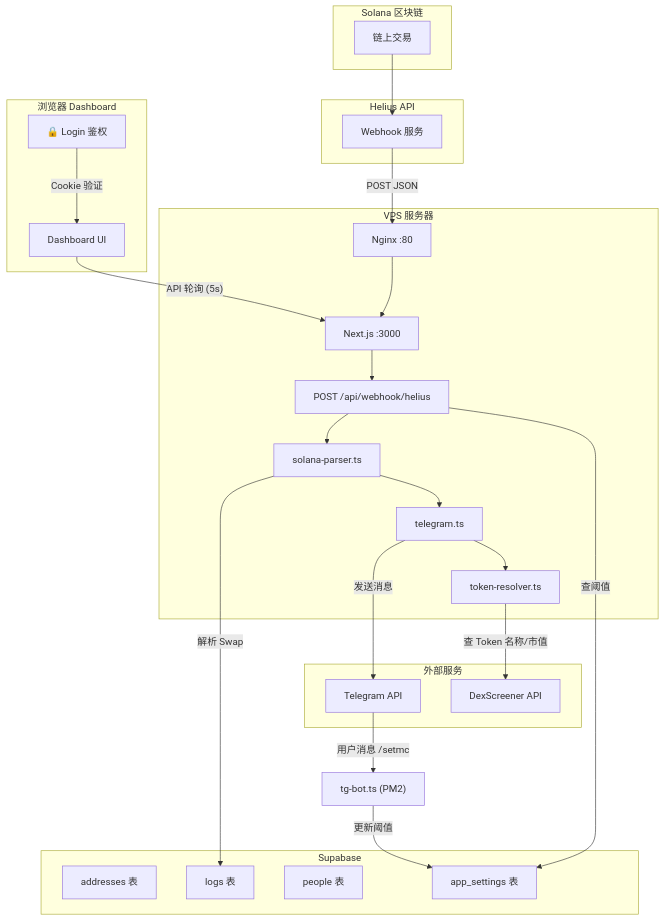
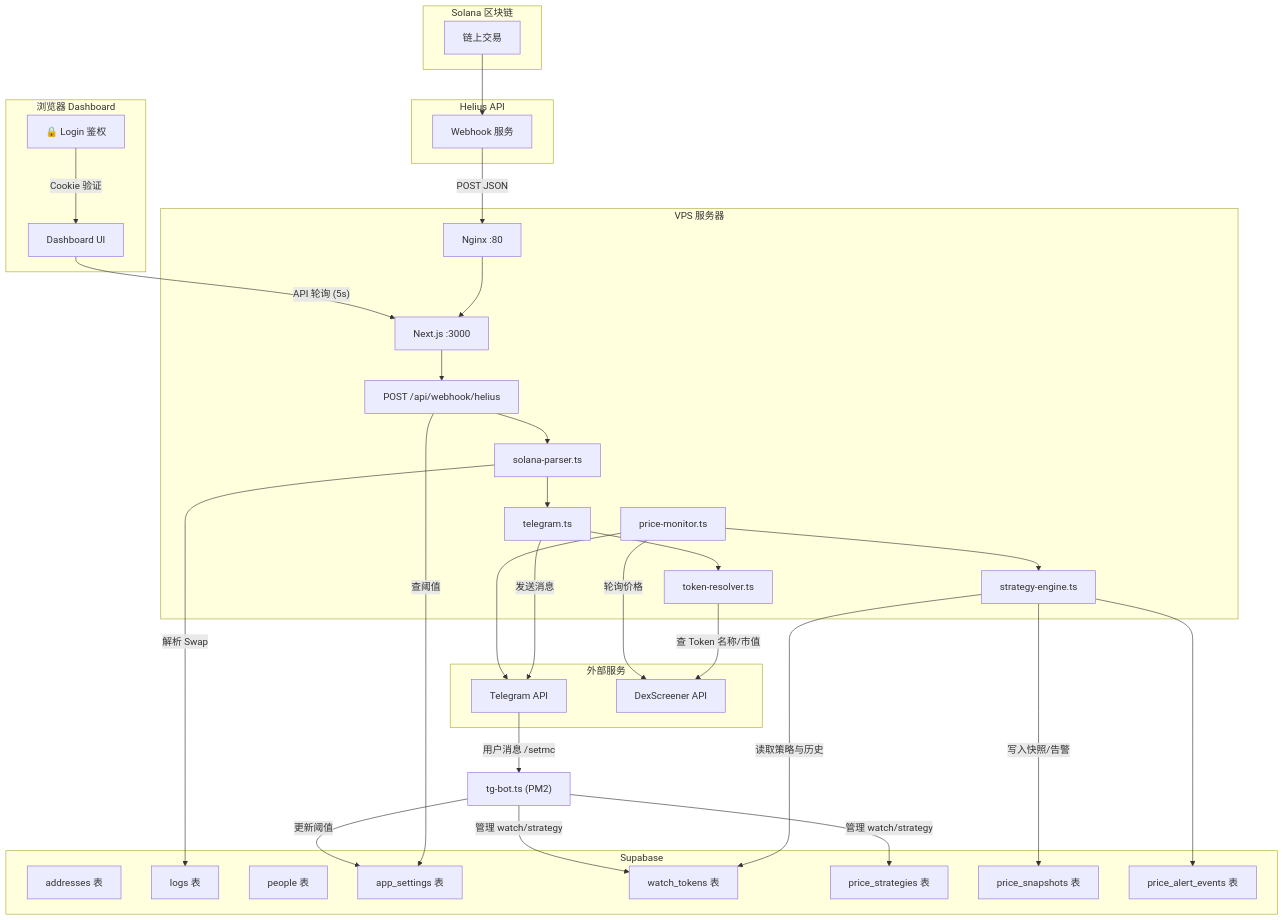
Before and after one commit to quant67/sol-tracker: the first of 3 diagrams in docs/technical_doc.md, drawn with Mermaid. The commit also changed other lines of this file and 11 other files, not shown here.

````diff
--- a/docs/technical_doc.md
+++ b/docs/technical_doc.md
@@ -71,55 +85,70 @@
 ```mermaid
 graph TB
     subgraph Solana["Solana 区块链"]
         TX["链上交易"]
     end
 
     subgraph Helius["Helius API"]
         WH["Webhook 服务"]
     end
 
     subgraph VPS["VPS 服务器"]
         NGINX["Nginx :80"]
         NEXT["Next.js :3000"]
         API_WH["POST /api/webhook/helius"]
         PARSER["solana-parser.ts"]
+        MONITOR["price-monitor.ts"]
+        ENGINE["strategy-engine.ts"]
         TG_LIB["telegram.ts"]
         RESOLVER["token-resolver.ts"]
     end
 
     subgraph Supabase["Supabase"]
         DB_ADDR["addresses 表"]
         DB_LOGS["logs 表"]
         DB_PPL["people 表"]
         DB_SET["app_settings 表"]
+        DB_WATCH["watch_tokens 表"]
+        DB_STRAT["price_strategies 表"]
+        DB_SNAP["price_snapshots 表"]
+        DB_ALERT["price_alert_events 表"]
     end
 
     subgraph External["外部服务"]
         TG["Telegram API"]
         DEX["DexScreener API"]
     end
 
     subgraph Client["浏览器 Dashboard"]
         AUTH["🔒 Login 鉴权"]
         DASH["Dashboard UI"]
     end
 
     TX --> WH
     WH -->|"POST JSON"| NGINX
     NGINX --> NEXT
     NEXT --> API_WH
     API_WH -->|"查阈值"| DB_SET
     API_WH --> PARSER
     PARSER -->|"解析 Swap"| DB_LOGS
     PARSER --> TG_LIB
     TG_LIB --> RESOLVER
     RESOLVER -->|"查 Token 名称/市值"| DEX
     TG_LIB -->|"发送消息"| TG
     AUTH -->|"Cookie 验证"| DASH
     DASH -->|"API 轮询 (5s)"| NEXT
+
+    MONITOR -->|"轮询价格"| DEX
+    MONITOR --> ENGINE
+    ENGINE -->|"读取策略与历史"| DB_WATCH
+    ENGINE -->|"写入快照/告警"| DB_SNAP
+    ENGINE --> DB_ALERT
+    MONITOR --> TG
     
     %% 独立 Bot 进程
     TG_BOT["tg-bot.ts (PM2)"]
     TG -->|"用户消息 /setmc"| TG_BOT
     TG_BOT -->|"更新阈值"| DB_SET
+    TG_BOT -->|"管理 watch/strategy"| DB_WATCH
+    TG_BOT -->|"管理 watch/strategy"| DB_STRAT
 ```
````
